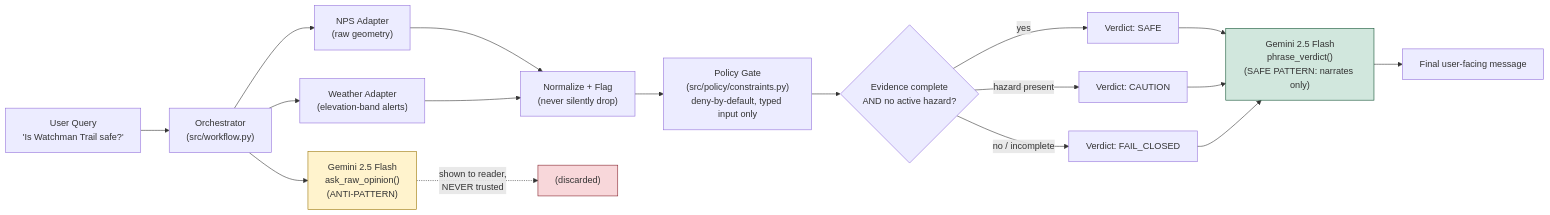
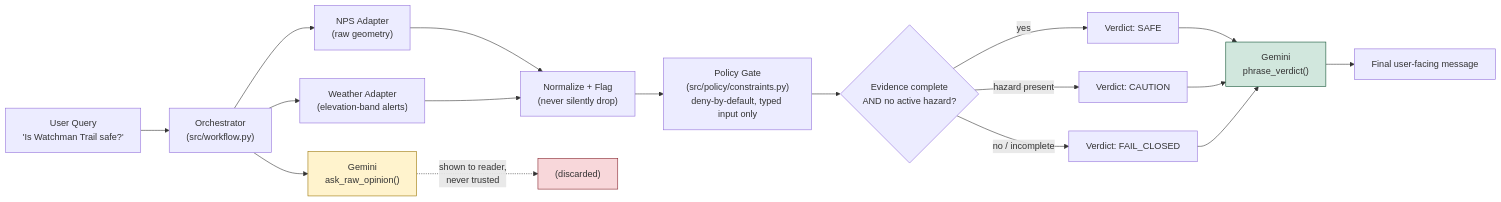
Before and after one commit to mohitagr18/ch01-production-reality: the diagram in workflow/01_high_level_architecture.md, drawn with Mermaid. The commit also changed other lines of this file and 4 other files, not shown here.

Commit message:
Suppress AFC warning, rewrite README in book tone with real transcript, refresh diagrams

````diff
--- a/workflow/01_high_level_architecture.md
+++ b/workflow/01_high_level_architecture.md
@@ -6,26 +6,26 @@
 ```mermaid
 flowchart LR
     U["User Query<br/>'Is Watchman Trail safe?'"] --> O["Orchestrator<br/>(src/workflow.py)"]
     O --> A1["NPS Adapter<br/>(raw geometry)"]
     O --> A2["Weather Adapter<br/>(elevation-band alerts)"]
-    O --> L1["Gemini 2.5 Flash<br/>ask_raw_opinion()<br/>(ANTI-PATTERN)"]
+    O --> L1["Gemini<br/>ask_raw_opinion()"]
 
     A1 --> N["Normalize + Flag<br/>(never silently drop)"]
     A2 --> N
-    L1 -. "shown to reader,<br/>NEVER trusted" .-> DISCARD["(discarded)"]
+    L1 -. "shown to reader,<br/>never trusted" .-> DISCARD["(discarded)"]
 
     N --> P["Policy Gate<br/>(src/policy/constraints.py)<br/>deny-by-default, typed input only"]
     P --> V{"Evidence complete<br/>AND no active hazard?"}
     V -- "yes" --> SAFE["Verdict: SAFE"]
     V -- "hazard present" --> CAUTION["Verdict: CAUTION"]
     V -- "no / incomplete" --> FAIL["Verdict: FAIL_CLOSED"]
 
-    SAFE --> L2["Gemini 2.5 Flash<br/>phrase_verdict()<br/>(SAFE PATTERN: narrates only)"]
+    SAFE --> L2["Gemini<br/>phrase_verdict()"]
     CAUTION --> L2
     FAIL --> L2
     L2 --> OUT["Final user-facing message"]
 
     style DISCARD fill:#f8d7da,stroke:#842029
     style L1 fill:#fff3cd,stroke:#997404
     style L2 fill:#d1e7dd,stroke:#0f5132
 ```
````
